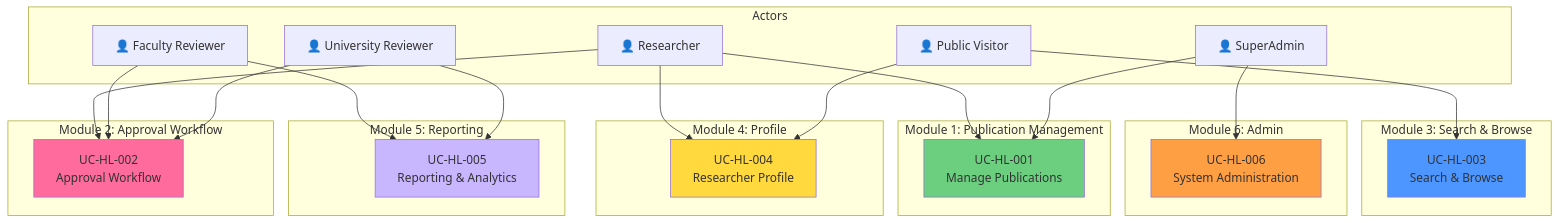
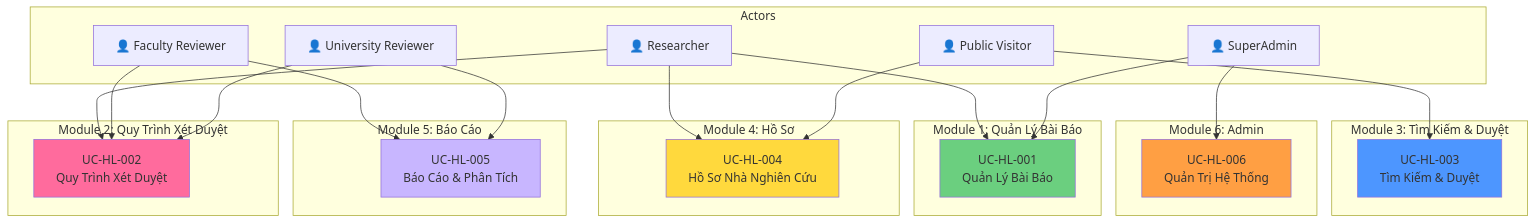
One commit to Ng0cTh4nhk5/ufpms-docs changed the diagram in docs/05_Use_Cases/High_Level/README.md. Above: the diagram before and after it, drawn with Mermaid. The commit also changed other lines of this file and 70 other files, not shown here.

````diff
--- a/docs/05_Use_Cases/High_Level/README.md
+++ b/docs/05_Use_Cases/High_Level/README.md
@@ -28,57 +28,57 @@
 ```mermaid
 graph TB
     subgraph Actors
         RES[👤 Researcher]
         FCR[👤 Faculty Reviewer]
         UNR[👤 University Reviewer]
         ADM[👤 SuperAdmin]
         VIW[👤 Public Visitor]
     end
     
-    subgraph "Module 1: Publication Management"
-        UC1[UC-HL-001<br/>Manage Publications]
+    subgraph "Module 1: Quản Lý Bài Báo"
+        UC1[UC-HL-001<br/>Quản Lý Bài Báo]
     end
     
-    subgraph "Module 2: Approval Workflow"
-        UC2[UC-HL-002<br/>Approval Workflow]
+    subgraph "Module 2: Quy Trình Xét Duyệt"
+        UC2[UC-HL-002<br/>Quy Trình Xét Duyệt]
     end
     
-    subgraph "Module 3: Search & Browse"
-        UC3[UC-HL-003<br/>Search & Browse]
+    subgraph "Module 3: Tìm Kiếm & Duyệt"
+        UC3[UC-HL-003<br/>Tìm Kiếm & Duyệt]
     end
     
-    subgraph "Module 4: Profile"
-        UC4[UC-HL-004<br/>Researcher Profile]
+    subgraph "Module 4: Hồ Sơ"
+        UC4[UC-HL-004<br/>Hồ Sơ Nhà Nghiên Cứu]
     end
     
-    subgraph "Module 5: Reporting"
-        UC5[UC-HL-005<br/>Reporting & Analytics]
+    subgraph "Module 5: Báo Cáo"
+        UC5[UC-HL-005<br/>Báo Cáo & Phân Tích]
     end
     
     subgraph "Module 6: Admin"
-        UC6[UC-HL-006<br/>System Administration]
+        UC6[UC-HL-006<br/>Quản Trị Hệ Thống]
     end
     
     RES --> UC1
     RES --> UC2
     RES --> UC4
     
     FCR --> UC2
     FCR --> UC5
     
     UNR --> UC2
     UNR --> UC5
     
     ADM --> UC1
     ADM --> UC6
     
     VIW --> UC3
     VIW --> UC4
     
     style UC1 fill:#6bcf7f
     style UC2 fill:#ff6b9d
     style UC3 fill:#4d96ff
     style UC4 fill:#ffd93d
     style UC5 fill:#c8b6ff
     style UC6 fill:#ff9f43
 ```
````
